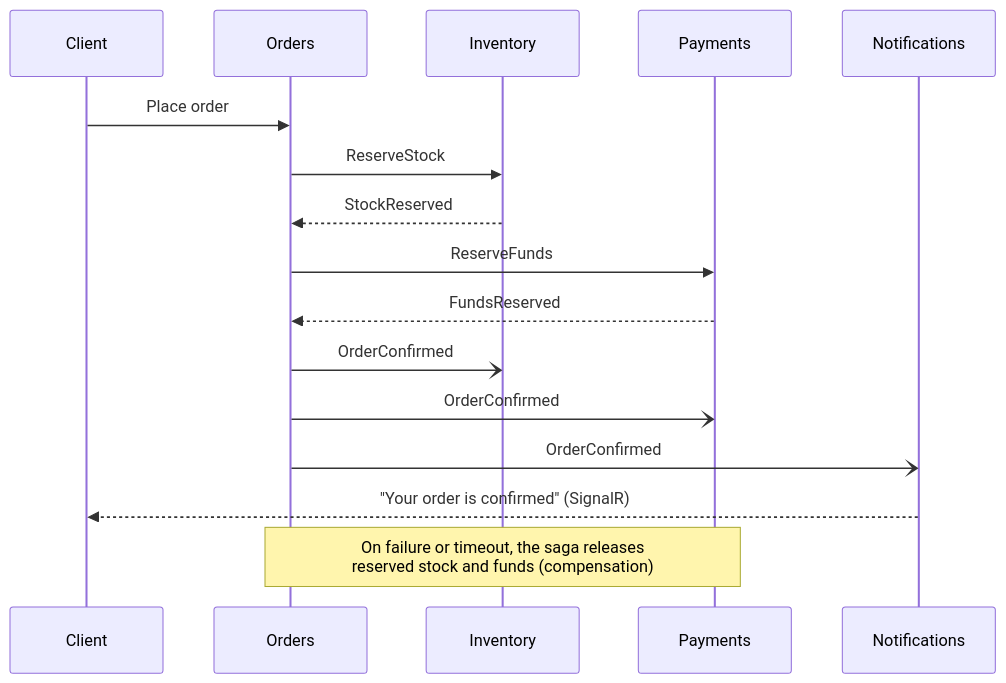
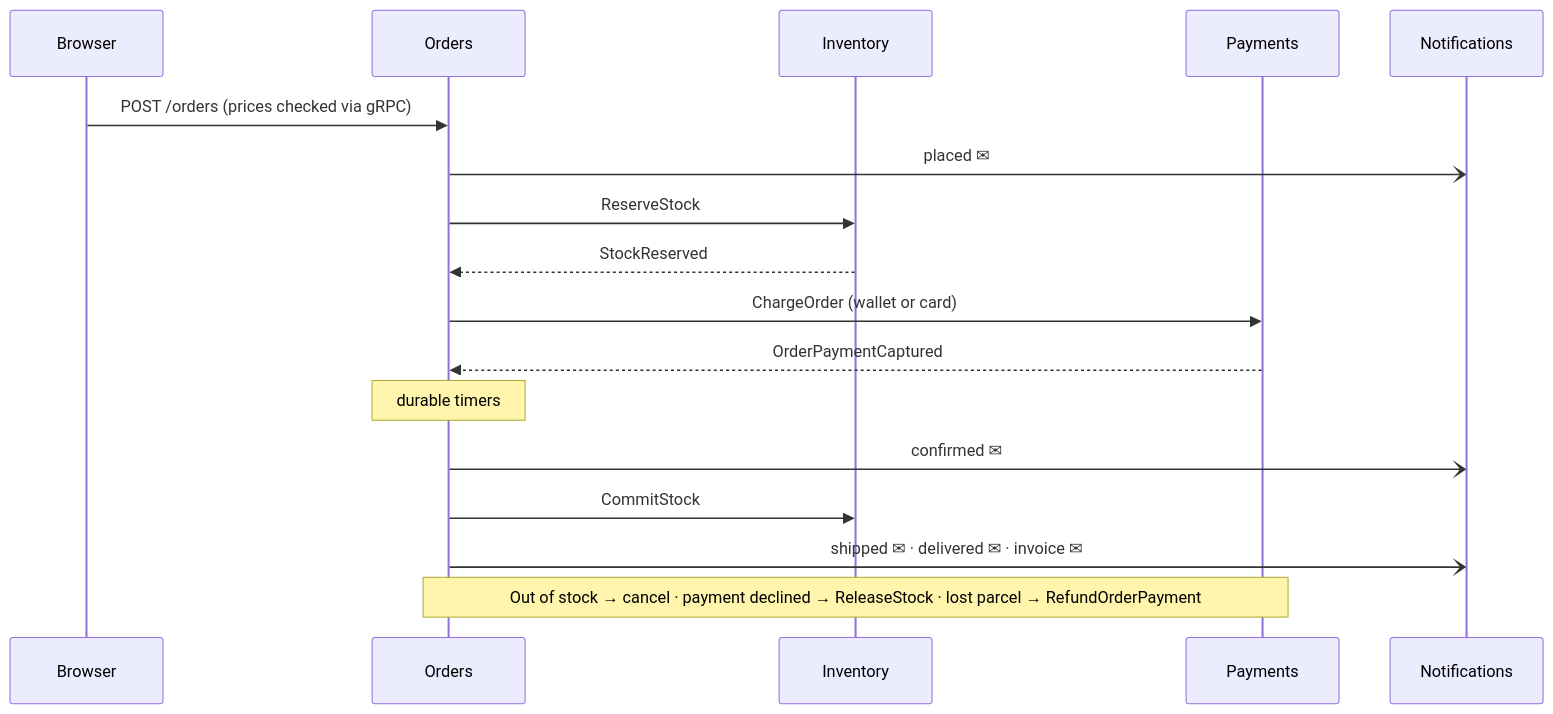
The second of 2 diagrams in README.md (koksalenes/orderflow-microservices), drawn with Mermaid before and after one commit. The commit also changed other lines of this file and 20 other files, not shown here.

````diff
--- a/README.md
+++ b/README.md
@@ -75,20 +87,21 @@
 ```mermaid
 sequenceDiagram
-    participant C as Client
+    participant B as Browser
     participant O as Orders
     participant I as Inventory
     participant P as Payments
     participant N as Notifications
 
-    C->>O: Place order
+    B->>O: POST /orders (prices checked via gRPC)
+    O-)N: placed ✉
     O->>I: ReserveStock
     I-->>O: StockReserved
-    O->>P: ReserveFunds
-    P-->>O: FundsReserved
-    O-)I: OrderConfirmed
-    O-)P: OrderConfirmed
-    O-)N: OrderConfirmed
-    N-->>C: "Your order is confirmed" (SignalR)
+    O->>P: ChargeOrder (wallet or card)
+    P-->>O: OrderPaymentCaptured
+    Note over O: durable timers
+    O-)N: confirmed ✉
+    O->>I: CommitStock
+    O-)N: shipped ✉ · delivered ✉ · invoice ✉
 
-    Note over O,P: On failure or timeout, the saga releases<br/>reserved stock and funds (compensation)
+    Note over O,P: Out of stock → cancel · payment declined → ReleaseStock · lost parcel → RefundOrderPayment
 ```
````
